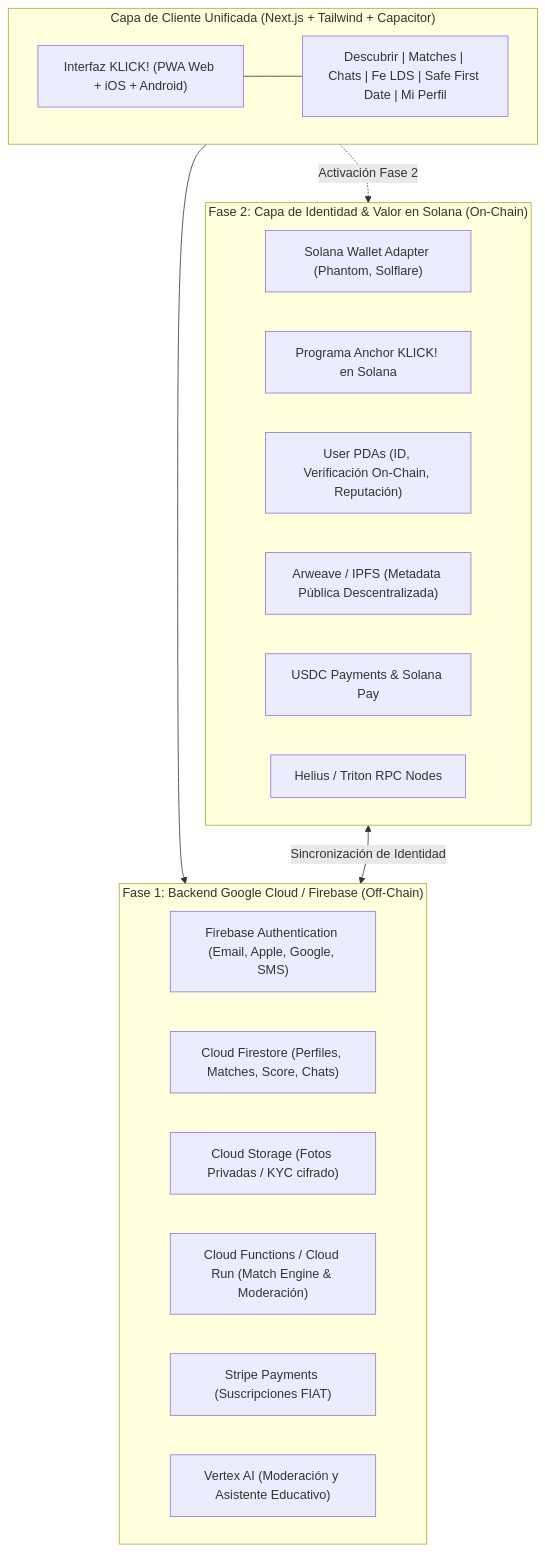
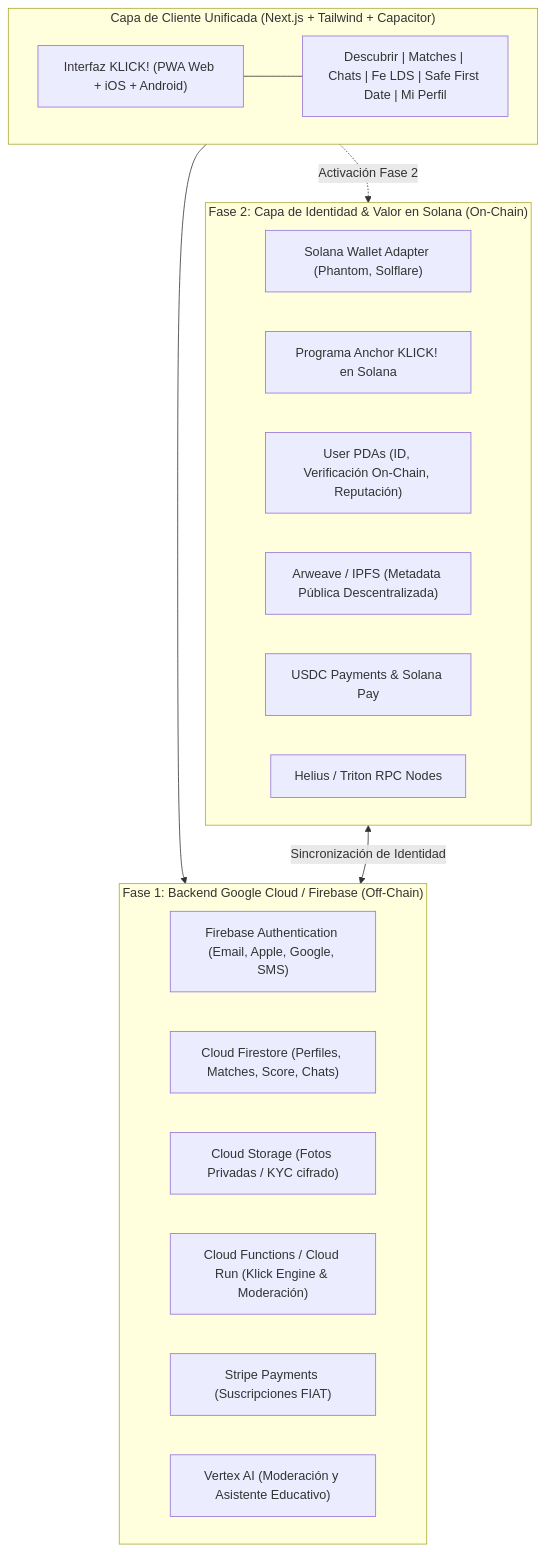
The fourth of 5 diagrams in docs/03_DIAGRAMA_DE_FUNCIONES_Y_ARQUITECTURA.md (klick-dating-app/klick-land), drawn with Mermaid before and after one commit. The commit also changed other lines of this file and 35 other files, not shown here.

````diff
--- a/docs/03_DIAGRAMA_DE_FUNCIONES_Y_ARQUITECTURA.md
+++ b/docs/03_DIAGRAMA_DE_FUNCIONES_Y_ARQUITECTURA.md
@@ -151,30 +151,30 @@
 ```mermaid
 flowchart TB
     subgraph ClientLayer["Capa de Cliente Unificada (Next.js + Tailwind + Capacitor)"]
         UI["Interfaz KLICK! (PWA Web + iOS + Android)"]
         Screens["Descubrir | Matches | Chats | Fe LDS | Safe First Date | Mi Perfil"]
         UI --- Screens
     end
 
     subgraph Web2Backend["Fase 1: Backend Google Cloud / Firebase (Off-Chain)"]
         Auth2["Firebase Authentication (Email, Apple, Google, SMS)"]
         Firestore["Cloud Firestore (Perfiles, Matches, Score, Chats)"]
         Storage["Cloud Storage (Fotos Privadas / KYC cifrado)"]
-        Functions["Cloud Functions / Cloud Run (Match Engine & Moderación)"]
+        Functions["Cloud Functions / Cloud Run (Klick Engine & Moderación)"]
         Stripe["Stripe Payments (Suscripciones FIAT)"]
         Vertex["Vertex AI (Moderación y Asistente Educativo)"]
     end
 
     subgraph Web3Solana["Fase 2: Capa de Identidad & Valor en Solana (On-Chain)"]
         Wallet["Solana Wallet Adapter (Phantom, Solflare)"]
         AnchorProg["Programa Anchor KLICK! en Solana"]
         PDA["User PDAs (ID, Verificación On-Chain, Reputación)"]
         DecentStorage["Arweave / IPFS (Metadata Pública Descentralizada)"]
         USDC["USDC Payments & Solana Pay"]
         Helius["Helius / Triton RPC Nodes"]
     end
 
     ClientLayer --> Web2Backend
     ClientLayer -.->|Activación Fase 2| Web3Solana
     Web3Solana <-->|Sincronización de Identidad| Web2Backend
 ```
````
